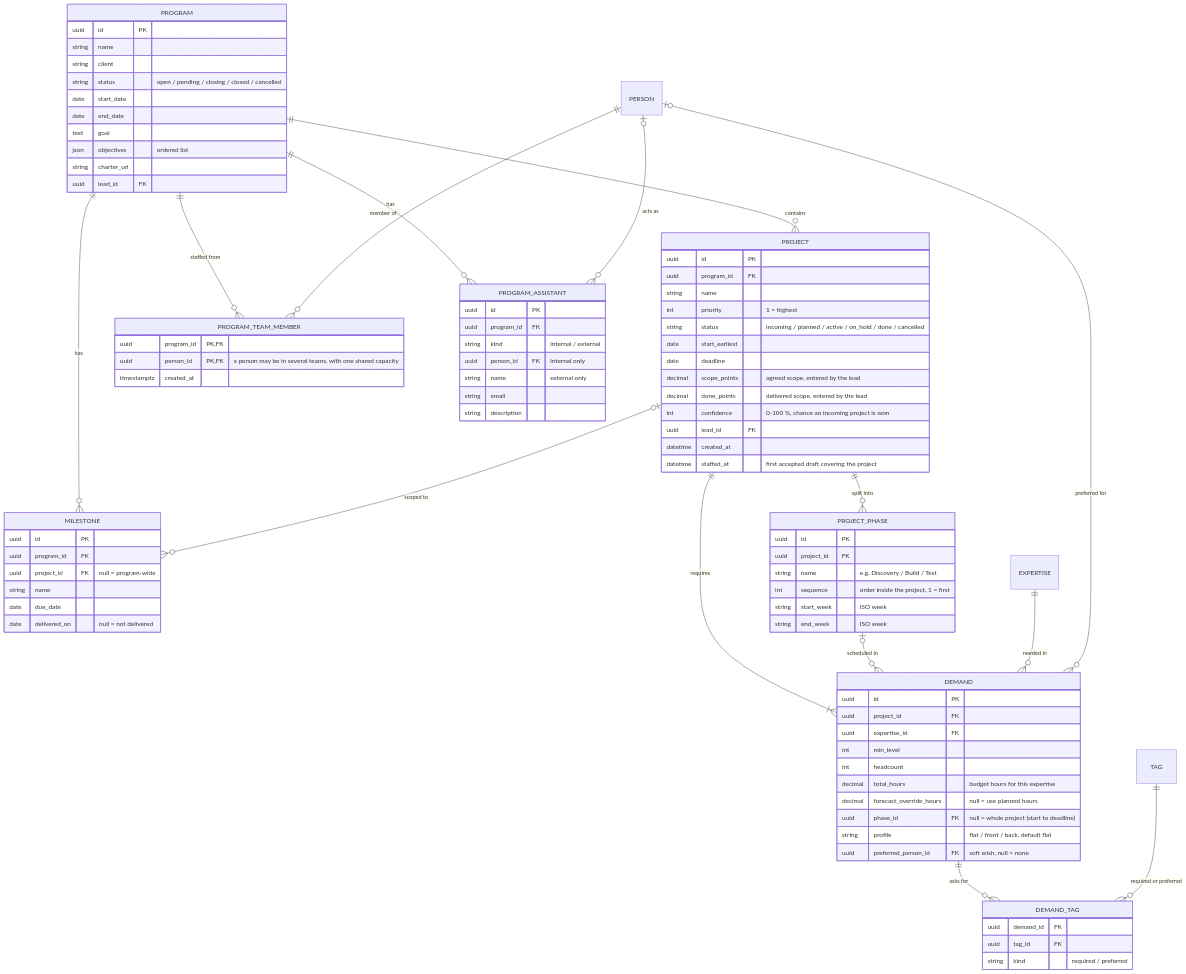
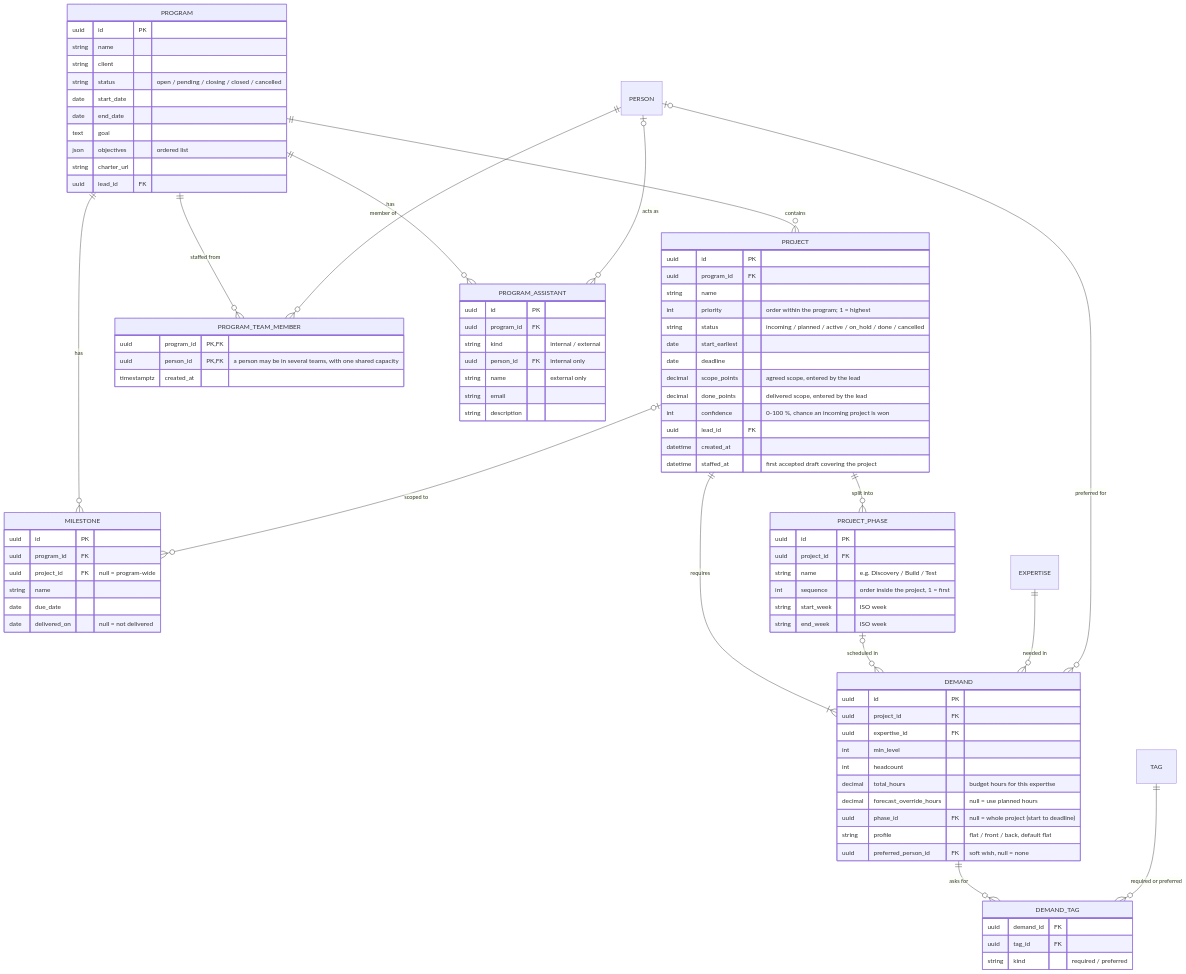
The sixth of 14 diagrams in README.md (dophnamm/the-slot-finder), drawn with Mermaid before and after one commit. The commit also changed other lines of this file and 2 other files, not shown here.

Commit message:
docs: project order, holiday import, worked hours and next weeks
- Root README: a holiday has a name; a project's priority is its order in
  the program.
- server/README: PUT /programs/{id}/project-order, POST /holidays/import,
  holiday names, actual_hours on heatmap cells, next_week_hours and
  next_three_weeks_hours on project metrics.
- client/README: drag a project row to set priority, Next week and Next 3
  weeks, Import holidays, this week on the phase timeline (which changes
  only after saving), worked hours in past heatmap weeks, a manager with one
  program lands on it.

```diff
--- a/README.md
+++ b/README.md
@@ -375,7 +376,7 @@
     uuid id PK
     uuid program_id FK
     string name
-    int priority "1 = highest"
+    int priority "order within the program; 1 = highest"
     string status "incoming / planned / active / on_hold / done / cancelled"
     date start_earliest
     date deadline
```
